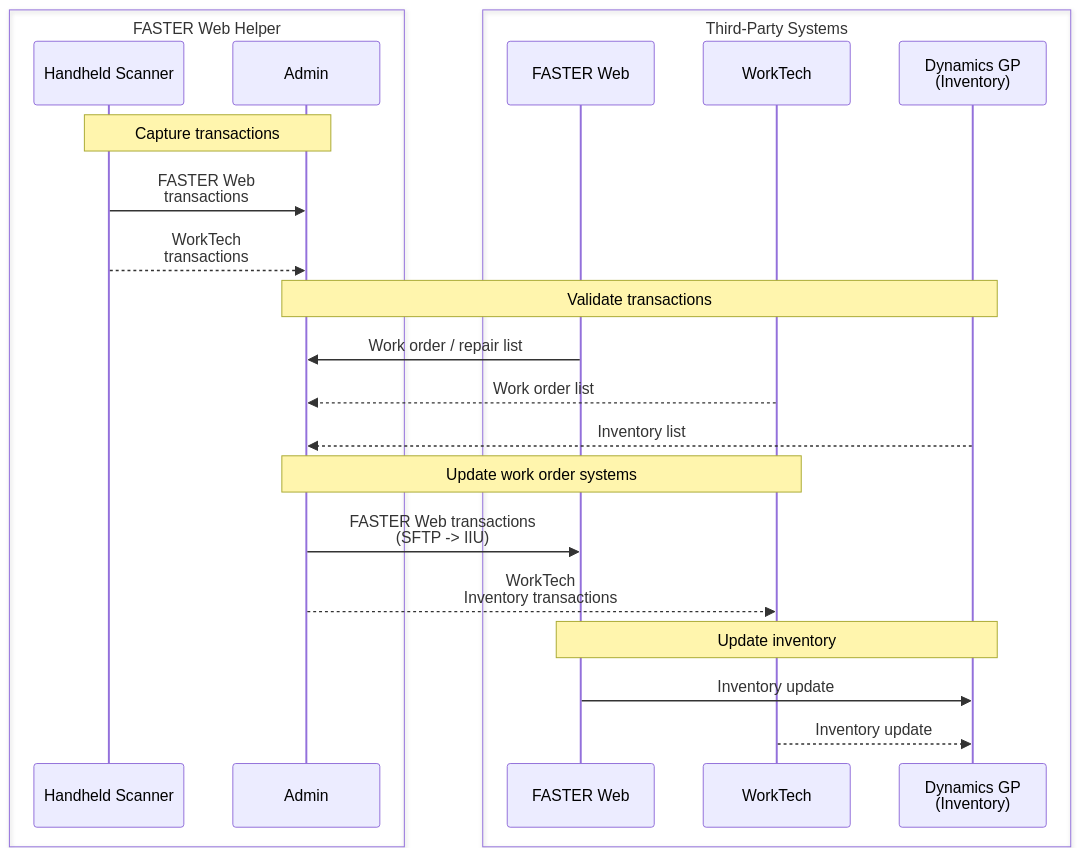
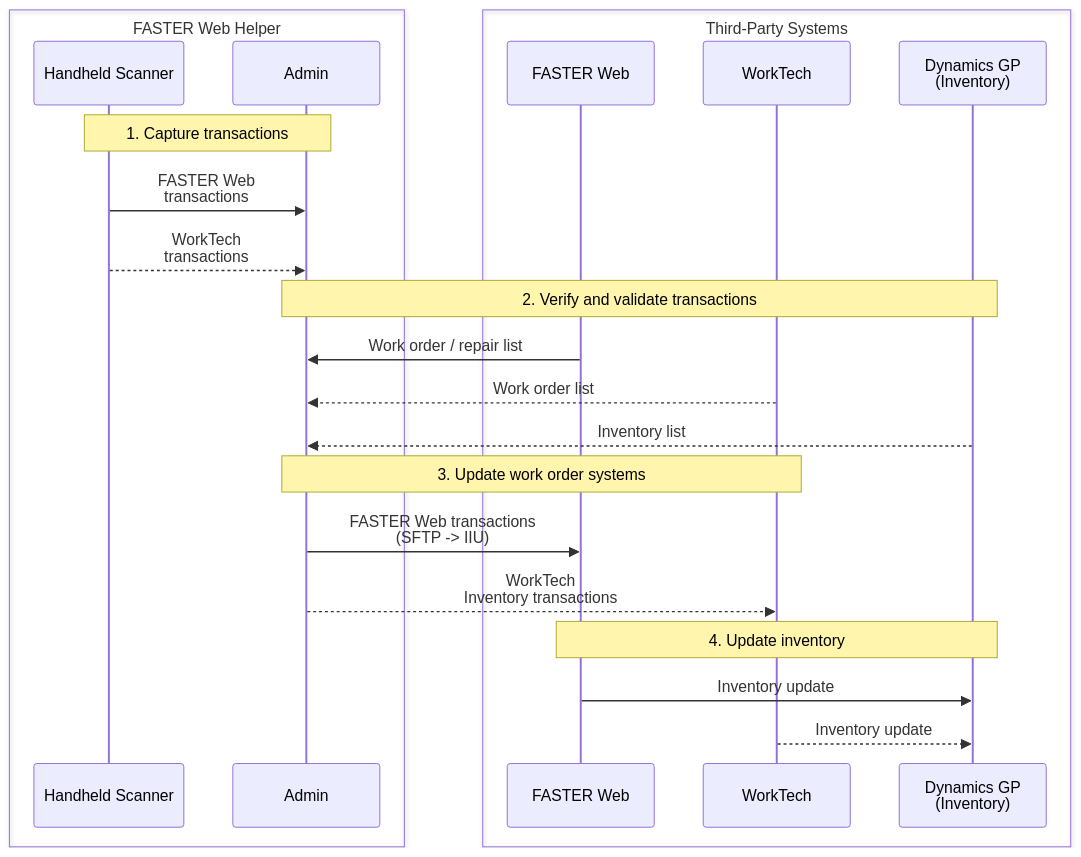
The diagram in modules/inventoryScanner/README.md (cityssm/faster-web-helper), drawn with Mermaid before and after one commit. The commit also changed other lines of this file, not shown here.

````diff
--- a/modules/inventoryScanner/README.md
+++ b/modules/inventoryScanner/README.md
@@ -29,30 +29,30 @@
 ```mermaid
 sequenceDiagram
   box FASTER Web Helper
     participant scanner as Handheld Scanner
     participant helper as Admin
   end
 
   box Third-Party Systems
     participant faster as FASTER Web
     participant worktech as WorkTech
     participant inventory as Dynamics GP<br />(Inventory)
   end
 
-  note over scanner,helper: Capture transactions
+  note over scanner,helper: 1. Capture transactions
   scanner->>helper: FASTER Web<br />transactions
   scanner-->>helper: WorkTech<br />transactions
 
-  note over helper,inventory: Validate transactions
+  note over helper,inventory: 2. Verify and validate transactions
   faster->>helper: Work order / repair list
   worktech-->>helper: Work order list
   inventory-->>helper: Inventory list
 
-  note over helper,worktech: Update work order systems
+  note over helper,worktech: 3. Update work order systems
   helper->>faster: FASTER Web transactions<br />(SFTP -> IIU)
   helper-->>worktech: WorkTech<br />Inventory transactions
 
-  note over faster,inventory: Update inventory
+  note over faster,inventory: 4. Update inventory
   faster->>inventory: Inventory update
   worktech-->>inventory: Inventory update
 ```
````
